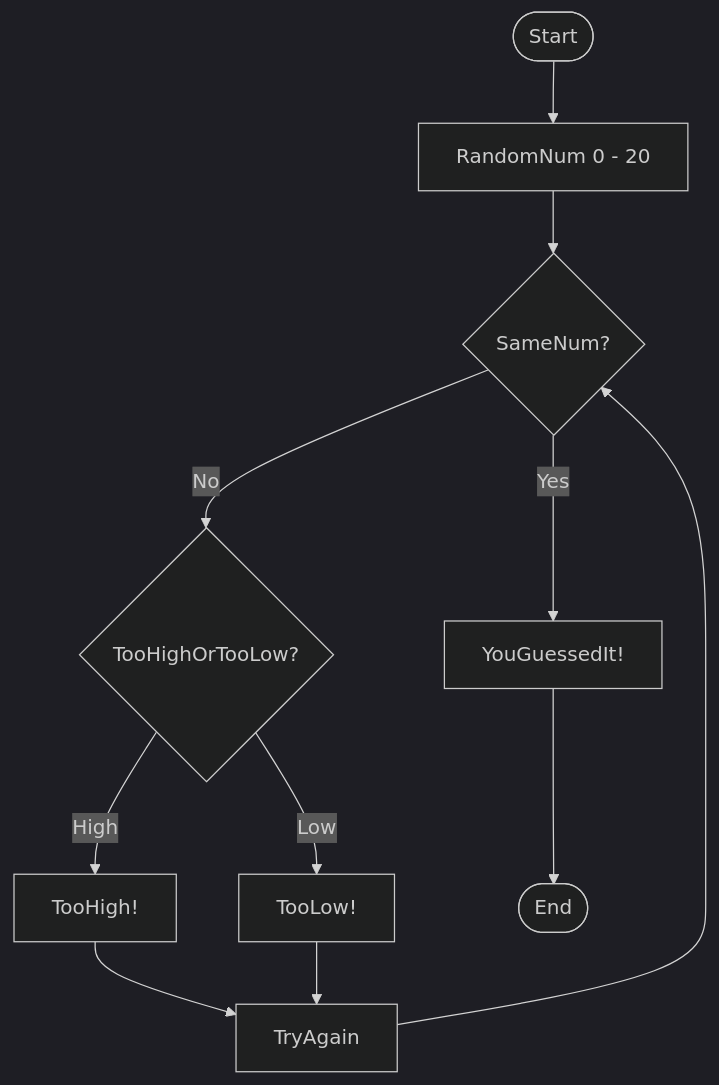
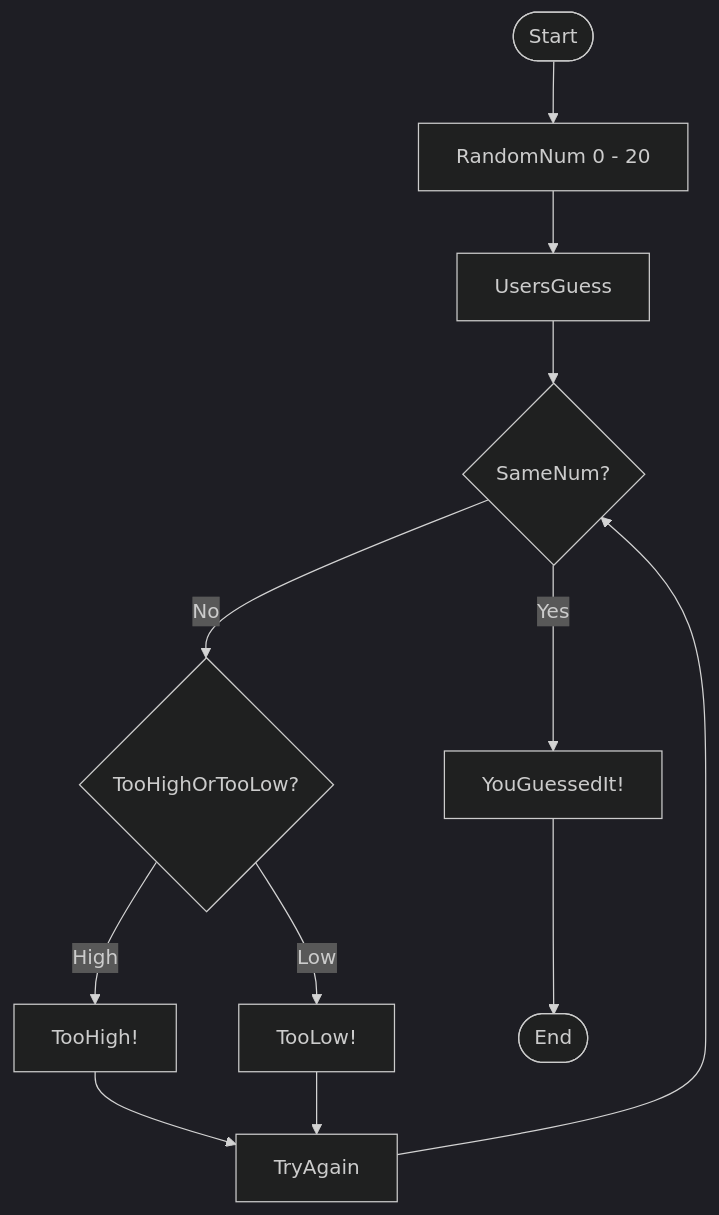
One commit to Fate127/Fate127.github.io changed the diagram in README.md. Above: the diagram before and after it, drawn with Mermaid (dark theme).

````diff
--- a/README.md
+++ b/README.md
@@ -22,13 +22,14 @@
 ```mermaid
 flowchart TD
 Start([Start]) --> RandomNum[RandomNum 0 - 20]
-RandomNum --> SameNum?{SameNum?}
+RandomNum --> UsersGuess[UsersGuess]
+UsersGuess --> SameNum?{SameNum?}
 SameNum? -- Yes --> YouGuessedIt![YouGuessedIt!]
 SameNum? -- No --> TooHighOrTooLow?{TooHighOrTooLow?}
 TooHighOrTooLow? -- High --> TooHigh![TooHigh!]
 TooHighOrTooLow? -- Low --> TooLow![TooLow!]
 TooHigh! --> TryAgain[TryAgain]
 TooLow! --> TryAgain[TryAgain]
 TryAgain --> SameNum?
 YouGuessedIt! --> End([End])
 ```
````
